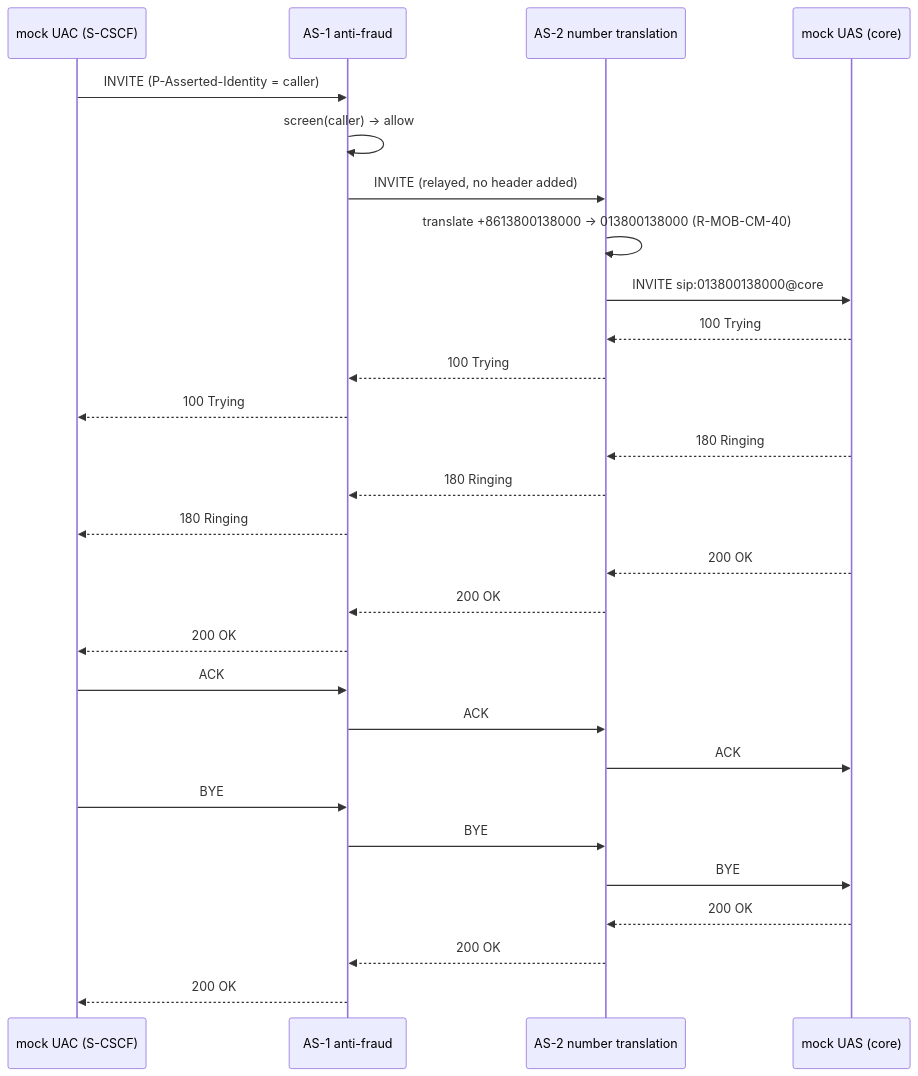
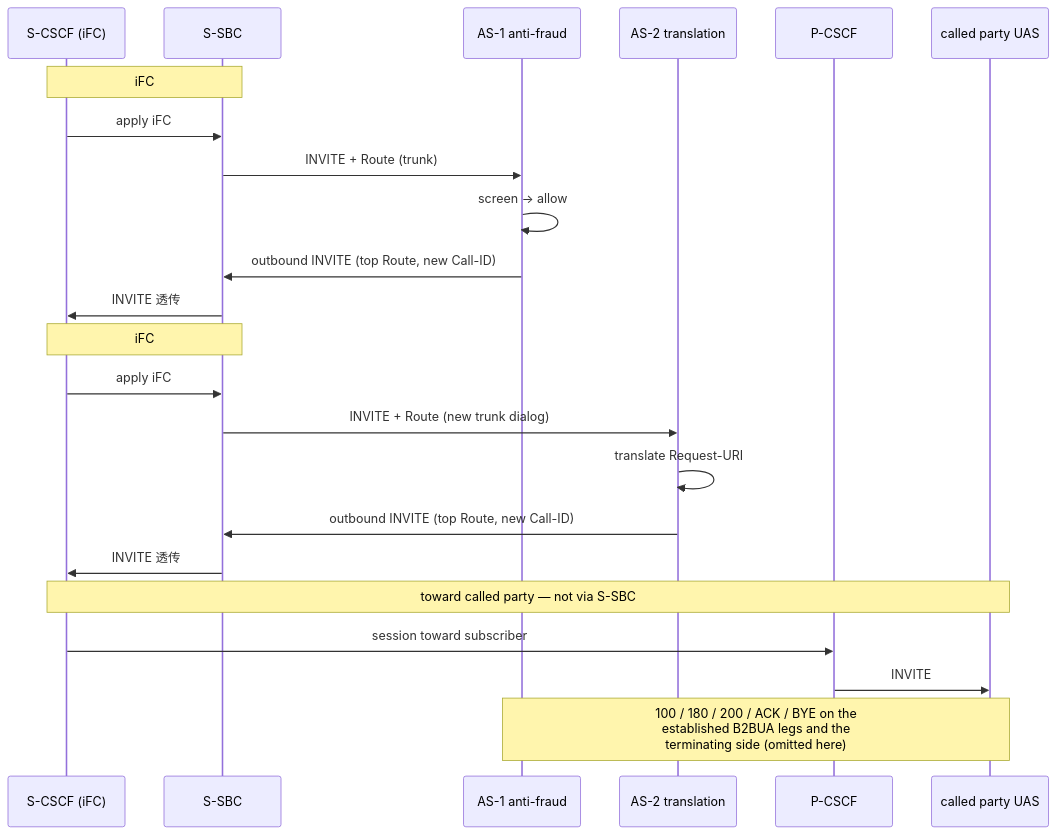
One commit to dolanshu/3rdparty_AS_POC changed the eighth of 10 diagrams in docs/architecture/hld.md. Above: the diagram before and after it, drawn with Mermaid. The commit also changed other lines of this file and 67 other files, not shown here.

````diff
--- a/docs/architecture/hld.md
+++ b/docs/architecture/hld.md
@@ -392,30 +348,28 @@
 ```mermaid
 sequenceDiagram
-    participant UAC as mock UAC (S-CSCF)
-    participant FRAUD as AS-1 anti-fraud
-    participant AS as AS-2 number translation
-    participant UAS as mock UAS (core)
-    UAC->>FRAUD: INVITE (P-Asserted-Identity = caller)
-    FRAUD->>FRAUD: screen(caller) -> allow
-    FRAUD->>AS: INVITE (relayed, no header added)
-    AS->>AS: translate +8613800138000 -> 013800138000 (R-MOB-CM-40)
-    AS->>UAS: INVITE sip:013800138000@core
-    UAS-->>AS: 100 Trying
-    AS-->>FRAUD: 100 Trying
-    FRAUD-->>UAC: 100 Trying
-    UAS-->>AS: 180 Ringing
-    AS-->>FRAUD: 180 Ringing
-    FRAUD-->>UAC: 180 Ringing
-    UAS-->>AS: 200 OK
-    AS-->>FRAUD: 200 OK
-    FRAUD-->>UAC: 200 OK
-    UAC->>FRAUD: ACK
-    FRAUD->>AS: ACK
-    AS->>UAS: ACK
-    UAC->>FRAUD: BYE
-    FRAUD->>AS: BYE
-    AS->>UAS: BYE
-    UAS-->>AS: 200 OK
-    AS-->>FRAUD: 200 OK
-    FRAUD-->>UAC: 200 OK
+    participant SCSCF as S-CSCF (iFC)
+    participant SSBC as S-SBC
+    participant AS1 as AS-1 anti-fraud
+    participant AS2 as AS-2 translation
+    participant PCSCF as P-CSCF
+    participant UAS as called party UAS
+
+    Note over SCSCF,SSBC: iFC #1 — 3rd-party AS at S-SBC trunk
+    SCSCF->>SSBC: apply iFC #1
+    SSBC->>AS1: INVITE + Route (trunk)
+    AS1->>AS1: screen → allow
+    AS1->>SSBC: outbound INVITE (top Route, new Call-ID)
+    SSBC->>SCSCF: INVITE 透传
+
+    Note over SCSCF,SSBC: iFC #2 — second 3rd-party AS
+    SCSCF->>SSBC: apply iFC #2
+    SSBC->>AS2: INVITE + Route (new trunk dialog)
+    AS2->>AS2: translate Request-URI
+    AS2->>SSBC: outbound INVITE (top Route, new Call-ID)
+    SSBC->>SCSCF: INVITE 透传
+
+    Note over SCSCF,UAS: toward called party — not via S-SBC
+    SCSCF->>PCSCF: session toward subscriber
+    PCSCF->>UAS: INVITE
+    Note over AS1,UAS: 100 / 180 / 200 / ACK / BYE on the<br/>established B2BUA legs and the<br/>terminating side (omitted here)
 ```
````
